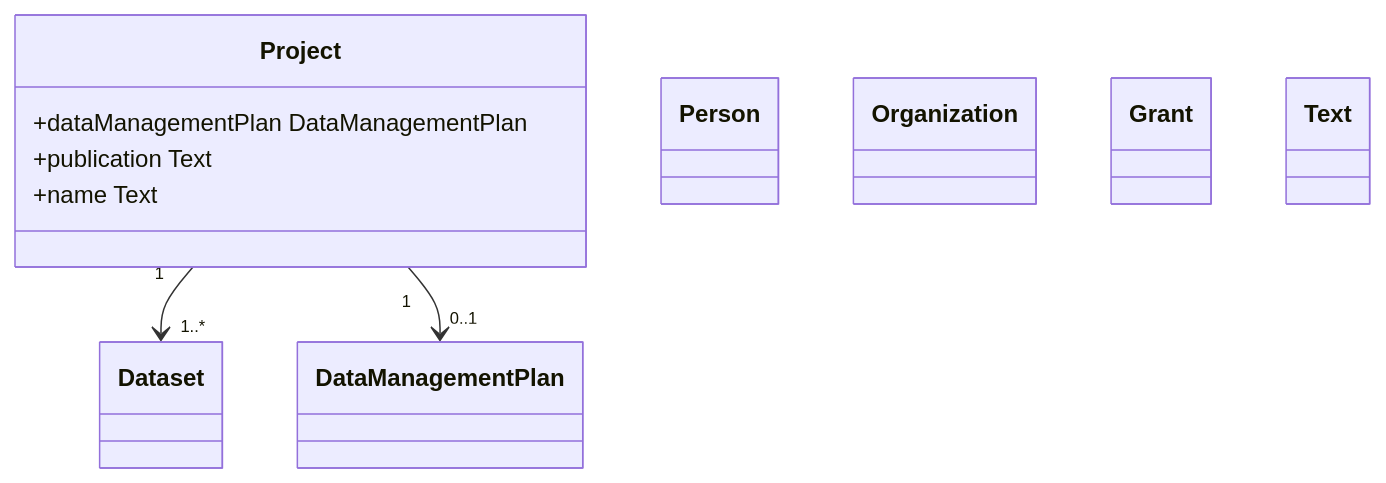
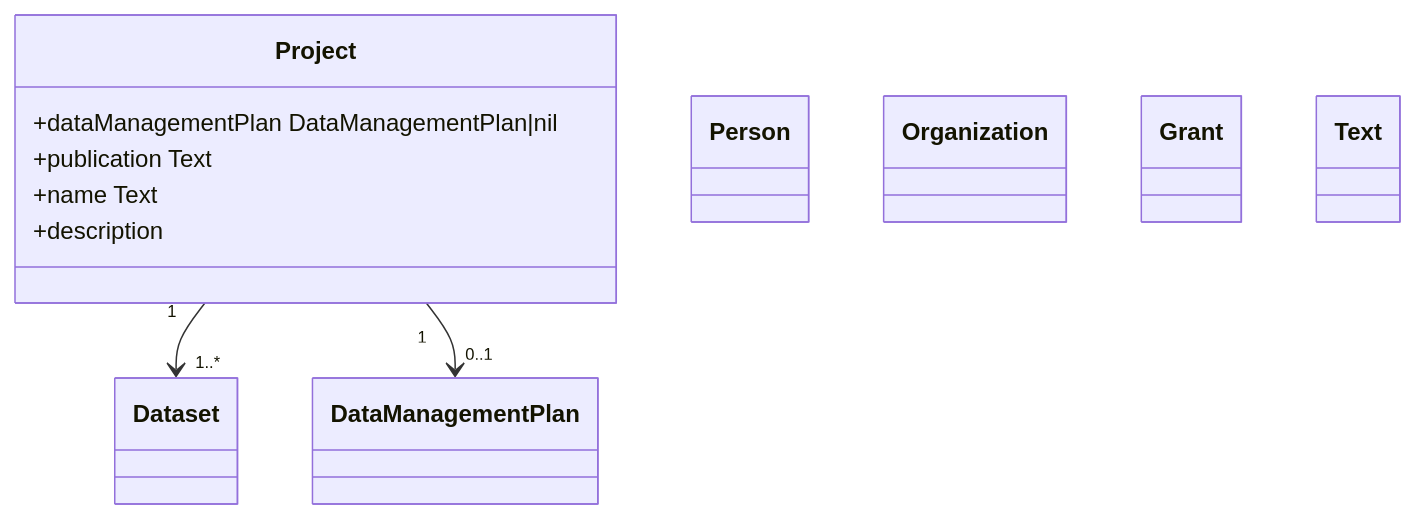
One commit to dasch-swiss/dasch-service-platform changed the diagram in docs/services/metadata/domain-entities.mmd. Above: the diagram before and after it, drawn with Mermaid. The commit also changed 7 other files, not shown here.

Commit message:
documentation(metadata-service): switch from mermaid to plantuml

```diff
--- a/docs/services/metadata/domain-entities.mmd
+++ b/docs/services/metadata/domain-entities.mmd
@@ -1,33 +1,34 @@
 classDiagram
   Project "1" --> "1..*" Dataset
   Project "1" --> "0..1" DataManagementPlan
 
   class Project {
-    +dataManagementPlan DataManagementPlan
+    +dataManagementPlan DataManagementPlan|nil
     +publication Text
     +name Text
+    +description 
   }
   
   class Dataset {
 
   }
 
   class Person {
 
   }
 
   class Organization {
 
   }
 
   class Grant {
 
   }
 
   class DataManagementPlan {
 
   }
 
   class Text {
     %%+contents Map[string]string
   }
```
